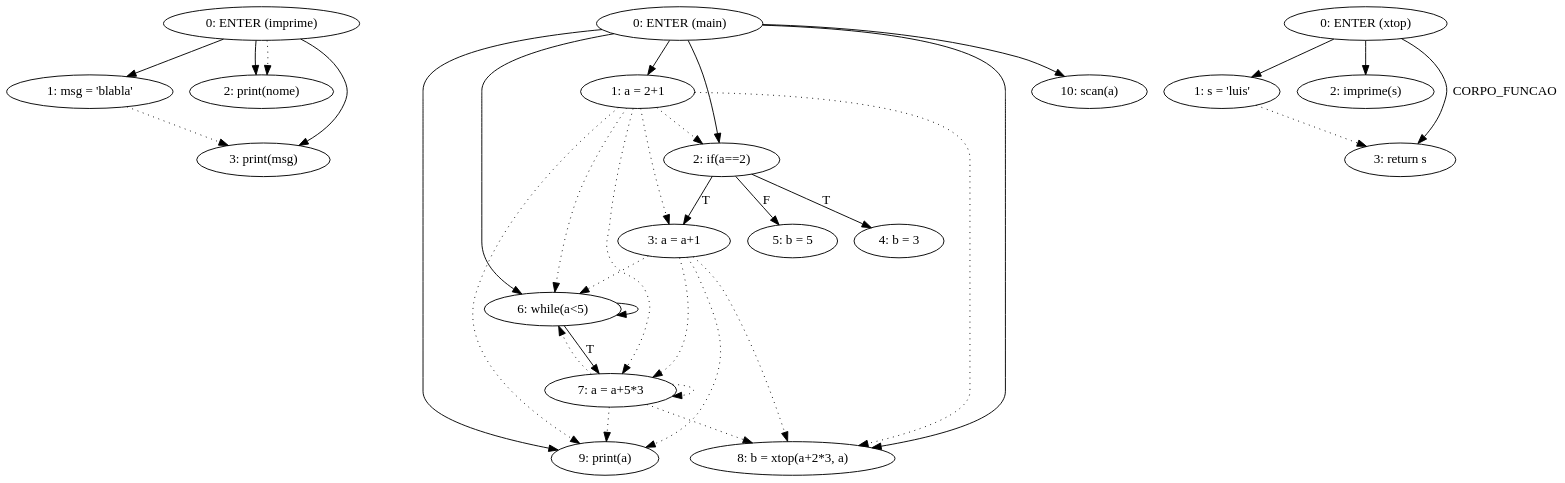
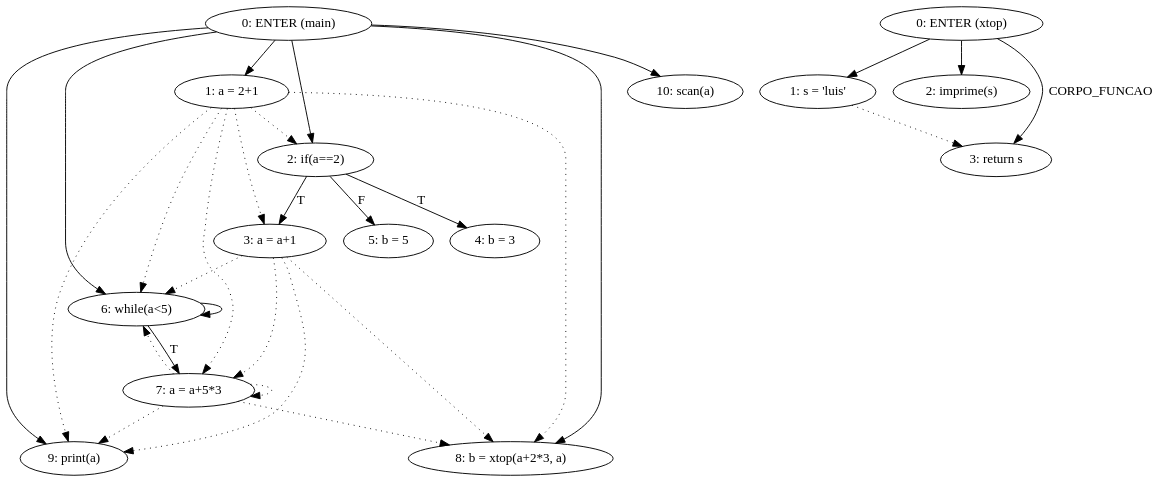
One commit to MiguelCosta/EngenhariaDeLinguagens changed the diagram in ATS/Fichas/Cmb/WebSite/Gramatica/output/pdg.gv. Above: the diagram before and after it, drawn with Graphviz. The commit also changed 20 other files, not shown here.

```diff
--- a/ATS/Fichas/Cmb/WebSite/Gramatica/output/pdg.gv
+++ b/ATS/Fichas/Cmb/WebSite/Gramatica/output/pdg.gv
@@ -1,68 +1,55 @@
 digraph mainmapPDG {
 graph [bgcolor=transparent];
-"0:ENTER (imprime)"[label="0: ENTER (imprime)"];
-"1:msg = 'blabla'"[label="1: msg = 'blabla'"];
-"2:print(nome)"[label="2: print(nome)"];
-"3:print(msg)"[label="3: print(msg)"];
-
-
-"0:ENTER (imprime)" -> "1:msg = 'blabla'";
-	"0:ENTER (imprime)" -> "2:print(nome)";
-	"0:ENTER (imprime)" -> "3:print(msg)";
-	
-
-"0:ENTER (imprime)" -> "2:print(nome)" [style=dotted];
-	"1:msg = 'blabla'" -> "3:print(msg)" [style=dotted];
-	"0:ENTER (main)"[label="0: ENTER (main)"];
+"0:ENTER (main)"[label="0: ENTER (main)"];
 "1:a = 2+1"[label="1: a = 2+1"];
 "2:if(a==2)"[label="2: if(a==2)"];
 "3:a = a+1"[label="3: a = a+1"];
 "4:b = 3"[label="4: b = 3"];
 "5:b = 5"[label="5: b = 5"];
 "6:while(a<5)"[label="6: while(a<5)"];
 "7:a = a+5*3"[label="7: a = a+5*3"];
 "8:b = xtop(a+2*3, a)"[label="8: b = xtop(a+2*3, a)"];
 "9:print(a)"[label="9: print(a)"];
 "10:scan(a)"[label="10: scan(a)"];
 
 
 "0:ENTER (main)" -> "1:a = 2+1";
 	"0:ENTER (main)" -> "2:if(a==2)";
 	"0:ENTER (main)" -> "6:while(a<5)";
 	"0:ENTER (main)" -> "8:b = xtop(a+2*3, a)";
 	"0:ENTER (main)" -> "9:print(a)";
 	"0:ENTER (main)" -> "10:scan(a)";
 	"2:if(a==2)" -> "3:a = a+1"[label="T"];
 	"2:if(a==2)" -> "4:b = 3"[label="T"];
 	"2:if(a==2)" -> "5:b = 5"[label="F"];
 	"6:while(a<5)" -> "6:while(a<5)";
 	"6:while(a<5)" -> "7:a = a+5*3"[label="T"];
 	
 
 "1:a = 2+1" -> "2:if(a==2)" [style=dotted];
 	"1:a = 2+1" -> "3:a = a+1" [style=dotted];
 	"1:a = 2+1" -> "6:while(a<5)" [style=dotted];
 	"1:a = 2+1" -> "7:a = a+5*3" [style=dotted];
 	"1:a = 2+1" -> "8:b = xtop(a+2*3, a)" [style=dotted];
 	"1:a = 2+1" -> "9:print(a)" [style=dotted];
 	"3:a = a+1" -> "6:while(a<5)" [style=dotted];
 	"3:a = a+1" -> "7:a = a+5*3" [style=dotted];
 	"3:a = a+1" -> "8:b = xtop(a+2*3, a)" [style=dotted];
 	"3:a = a+1" -> "9:print(a)" [style=dotted];
 	"7:a = a+5*3" -> "6:while(a<5)" [style=dotted];
 	"7:a = a+5*3" -> "7:a = a+5*3" [style=dotted];
 	"7:a = a+5*3" -> "8:b = xtop(a+2*3, a)" [style=dotted];
 	"7:a = a+5*3" -> "9:print(a)" [style=dotted];
 	"0:ENTER (xtop)"[label="0: ENTER (xtop)"];
 "1:s = 'luis'"[label="1: s = 'luis'"];
 "2:imprime(s)"[label="2: imprime(s)"];
 "3:return s"[label="3: return s"];
 
 
 "0:ENTER (xtop)" -> "1:s = 'luis'";
 	"0:ENTER (xtop)" -> "2:imprime(s)";
 	"0:ENTER (xtop)" -> "3:return s"[label="CORPO_FUNCAO"];
 	
 
 "1:s = 'luis'" -> "3:return s" [style=dotted];
 	}
```
